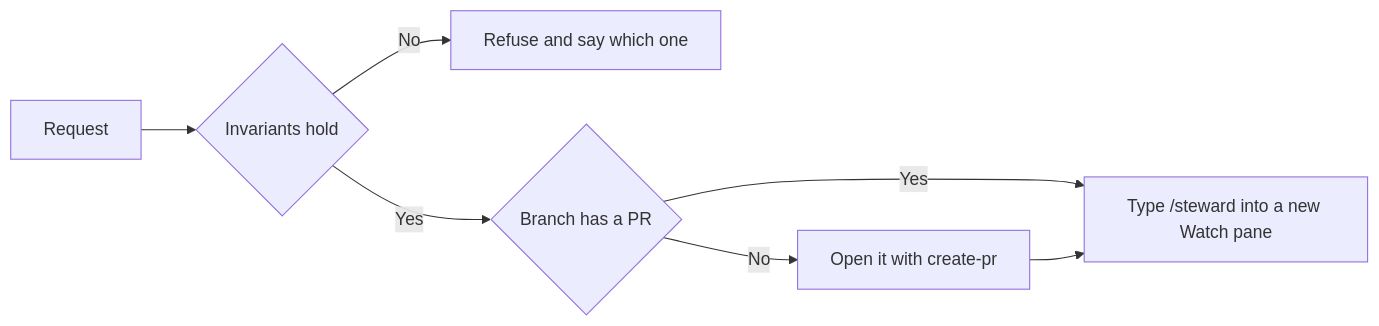
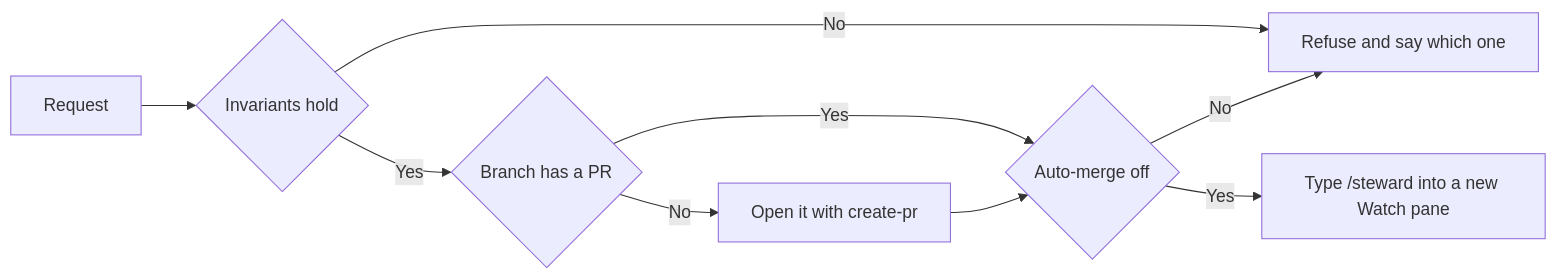
The second of 2 diagrams in docs/design/claude-watch.md (maro114510/skills), drawn with Mermaid before and after one commit. The commit also changed other lines of this file, not shown here.

Commit message:
docs(design): check auto-merge after create-pr and limit claude-watch to Herdr and GitHub

````diff
--- a/docs/design/claude-watch.md
+++ b/docs/design/claude-watch.md
@@ -42,9 +42,11 @@
 ```mermaid
 flowchart LR
     R[Request] --> G{Invariants hold}
     G -->|No| X[Refuse and say which one]
     G -->|Yes| P{Branch has a PR}
     P -->|No| C[Open it with create-pr]
-    P -->|Yes| S[Type /steward into a new Watch pane]
-    C --> S
+    P -->|Yes| A{Auto-merge off}
+    C --> A
+    A -->|No| X
+    A -->|Yes| S[Type /steward into a new Watch pane]
 ```
````
